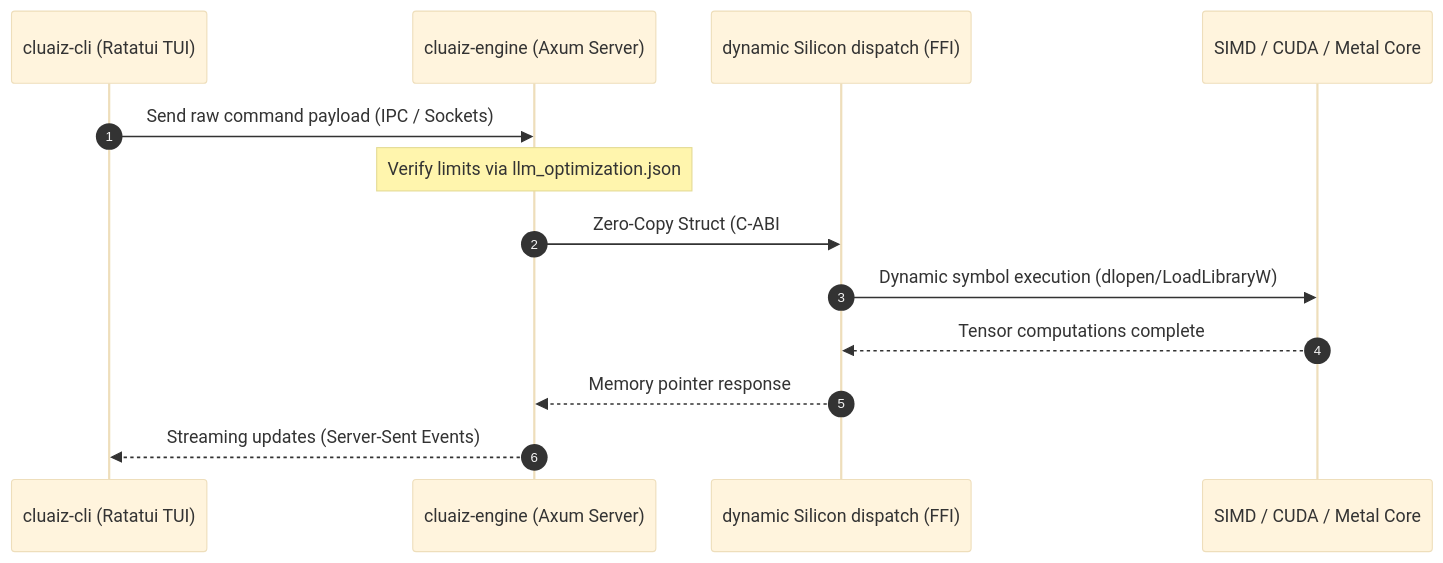
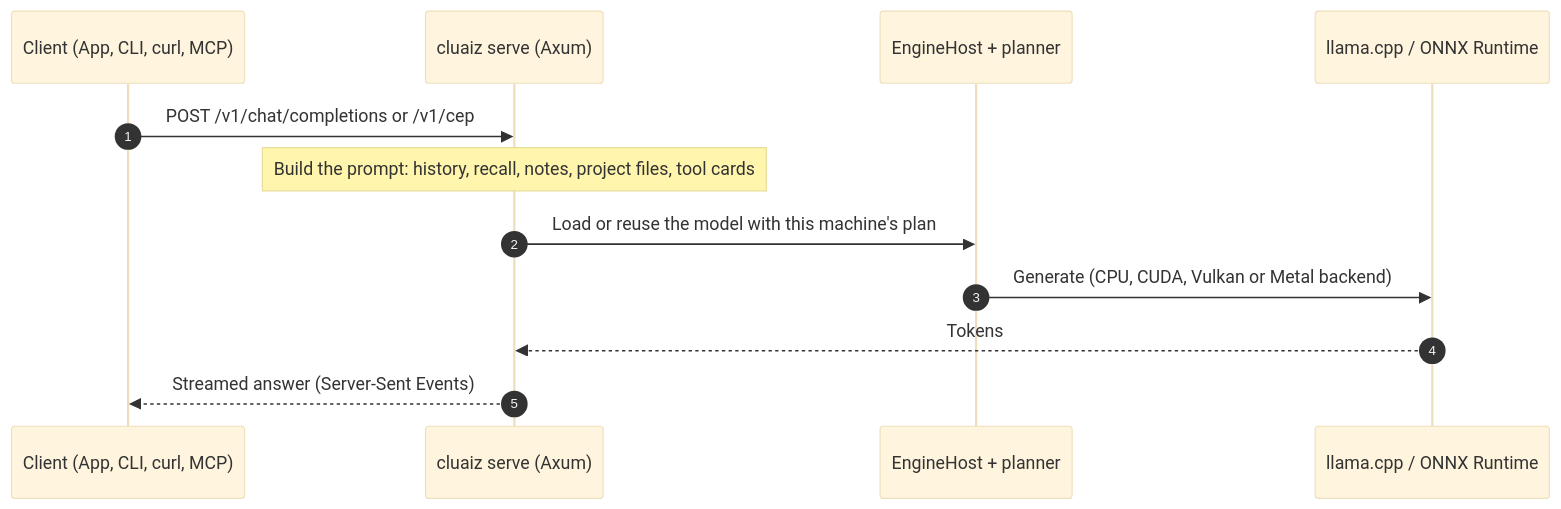
The diagram in docs/get-started/welcome.md (cluaiz/cluaiz), drawn with Mermaid (base theme) before and after one commit. The commit also changed other lines of this file and 28 other files, not shown here.

````diff
--- a/docs/get-started/welcome.md
+++ b/docs/get-started/welcome.md
@@ -27,16 +39,15 @@
 ```mermaid
 sequenceDiagram
     autonumber
-    participant Client as cluaiz-cli (Ratatui TUI)
-    participant Engine as cluaiz-engine (Axum Server)
-    participant Bridge as dynamic Silicon dispatch (FFI)
-    participant Hardware as SIMD / CUDA / Metal Core
+    participant Client as Client (App, CLI, curl, MCP)
+    participant Engine as cluaiz serve (Axum)
+    participant Host as EngineHost + planner
+    participant Runtime as llama.cpp / ONNX Runtime
 
-    Client->>Engine: Send raw command payload (IPC / Sockets)
-    Note over Engine: Verify limits via llm_optimization.json
-    Engine->>Bridge: Zero-Copy Struct (C-ABI #[repr(C)])
-    Bridge->>Hardware: Dynamic symbol execution (dlopen/LoadLibraryW)
-    Hardware-->>Bridge: Tensor computations complete
-    Bridge-->>Engine: Memory pointer response
-    Engine-->>Client: Streaming updates (Server-Sent Events)
+    Client->>Engine: POST /v1/chat/completions or /v1/cep
+    Note over Engine: Build the prompt: history, recall, notes, project files, tool cards
+    Engine->>Host: Load or reuse the model with this machine's plan
+    Host->>Runtime: Generate (CPU, CUDA, Vulkan or Metal backend)
+    Runtime-->>Engine: Tokens
+    Engine-->>Client: Streamed answer (Server-Sent Events)
 ```
````
